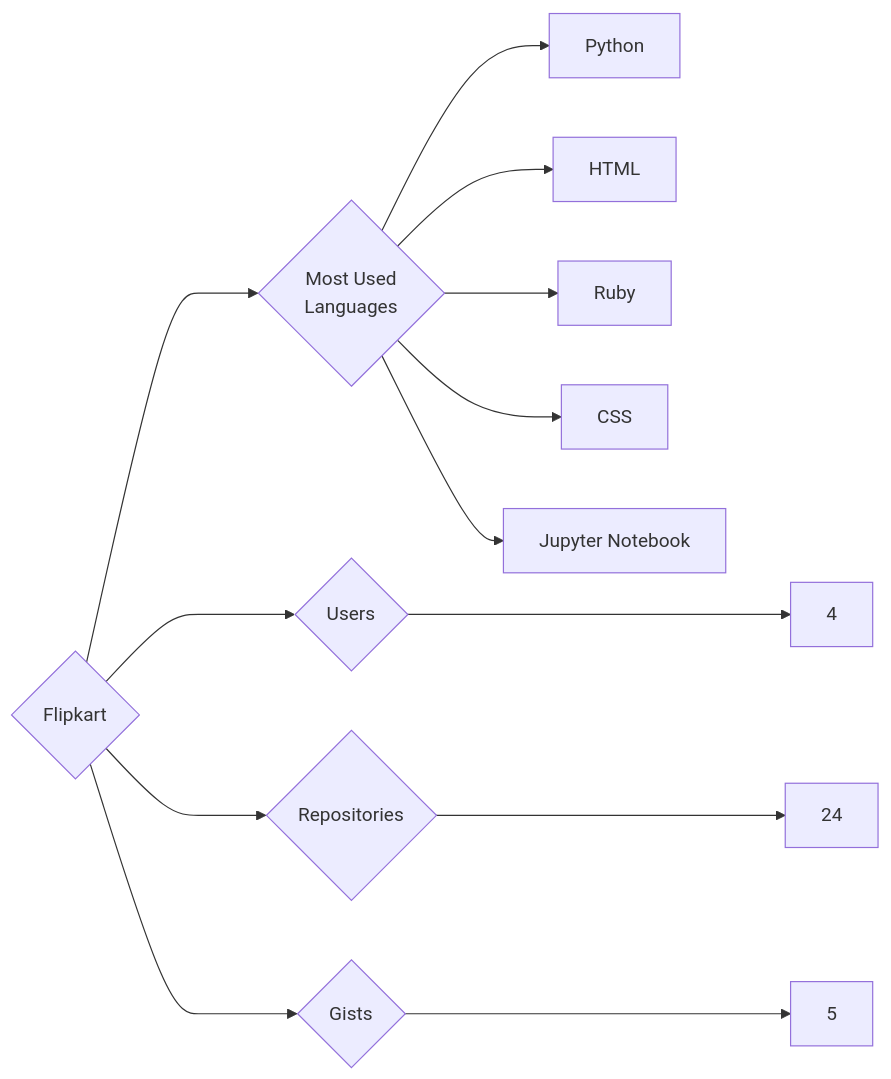
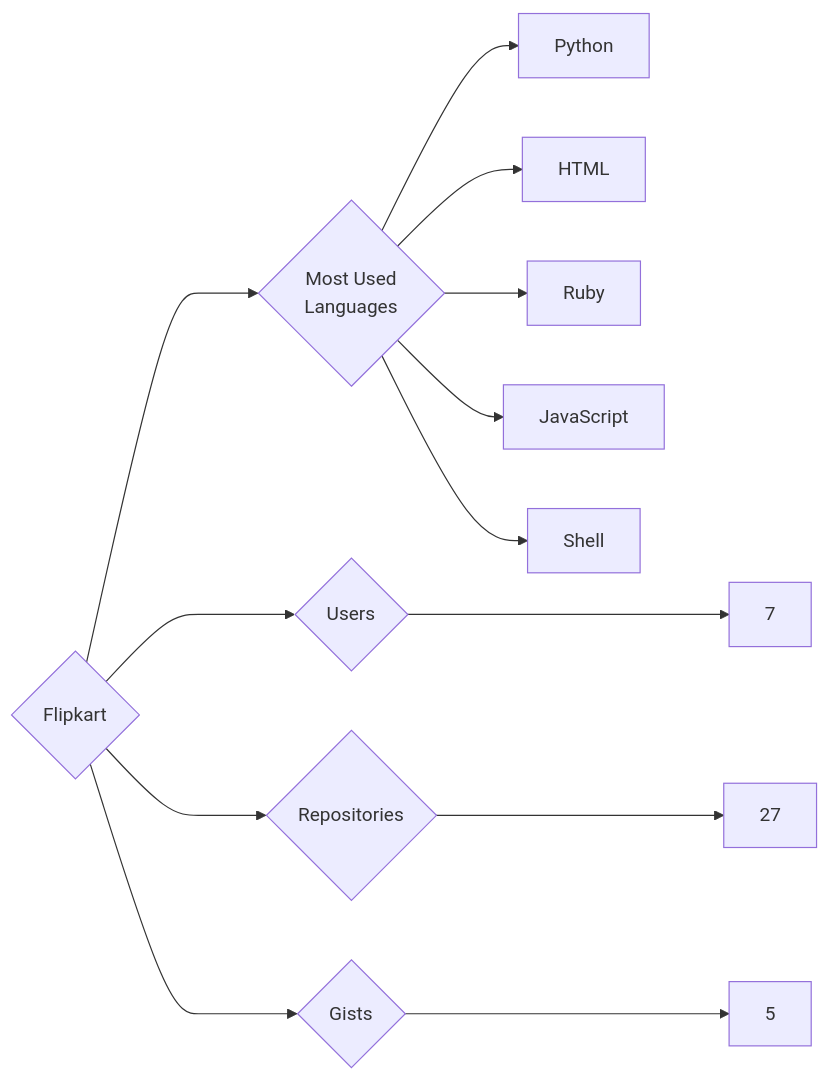
One commit to trickest/insiders changed the diagram in targets/Flipkart/README.md. Above: the diagram before and after it, drawn with Mermaid. The commit also changed 942 other files, not shown here.

````diff
--- a/targets/Flipkart/README.md
+++ b/targets/Flipkart/README.md
@@ -3,13 +3,13 @@
 ```mermaid
 graph LR
 COMPANY_NAME{Flipkart}
-COMPANY_NAME ---> U{Users} ---> UN[4]
-COMPANY_NAME ---> R{Repositories} ---> RN[24]
+COMPANY_NAME ---> U{Users} ---> UN[7]
+COMPANY_NAME ---> R{Repositories} ---> RN[27]
 COMPANY_NAME ---> G{Gists} ---> GN[5]
 COMPANY_NAME ---> ML{Most Used<br>Languages}
 ML --> Python[Python]
 ML --> HTML[HTML]
 ML --> Ruby[Ruby]
-ML --> CSS[CSS]
-ML --> Jupyter_Notebook[Jupyter Notebook]
+ML --> JavaScript[JavaScript]
+ML --> Shell[Shell]
 ```
````
